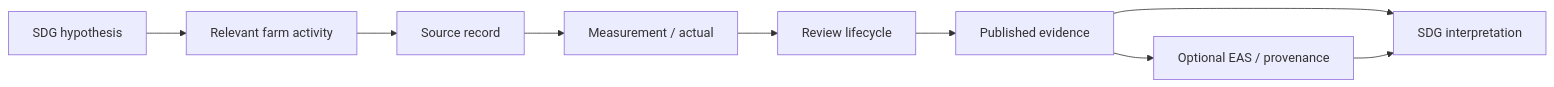
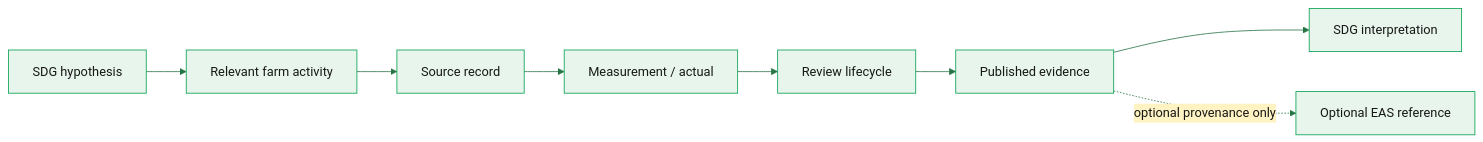
Before and after one commit to wasalo/Kokonut-Public-Site: the third of 3 diagrams in kokonut-framework/framework-features/Sustainable-Development-Goals.mdx, drawn with Mermaid. The commit also changed other lines of this file and 9 other files, not shown here.

Commit message:
style(mermaid): align capital, regenerative practice, SDG and farm case-study diagrams

````diff
--- a/kokonut-framework/framework-features/Sustainable-Development-Goals.mdx
+++ b/kokonut-framework/framework-features/Sustainable-Development-Goals.mdx
@@ -212,12 +214,13 @@
 ```mermaid
+%%{init: {"theme":"base","themeVariables":{"primaryColor":"#e8f5ec","primaryTextColor":"#171717","primaryBorderColor":"#009F4D","secondaryColor":"#fff3c4","tertiaryColor":"#ffffff","lineColor":"#277445","fontFamily":"Inter, Arial, sans-serif"}}}%%
 flowchart LR
     A["SDG hypothesis"] --> B["Relevant farm activity"]
     B --> C["Source record"]
     C --> D["Measurement / actual"]
     D --> E["Review lifecycle"]
     E --> F["Published evidence"]
     F --> G["SDG interpretation"]
 
-    F --> H["Optional EAS / provenance"]
-    H --> G
+    F -.->|"optional provenance only"| H["Optional EAS reference"]
+    %% SDG attribution requires method and human review.
 ```
````
